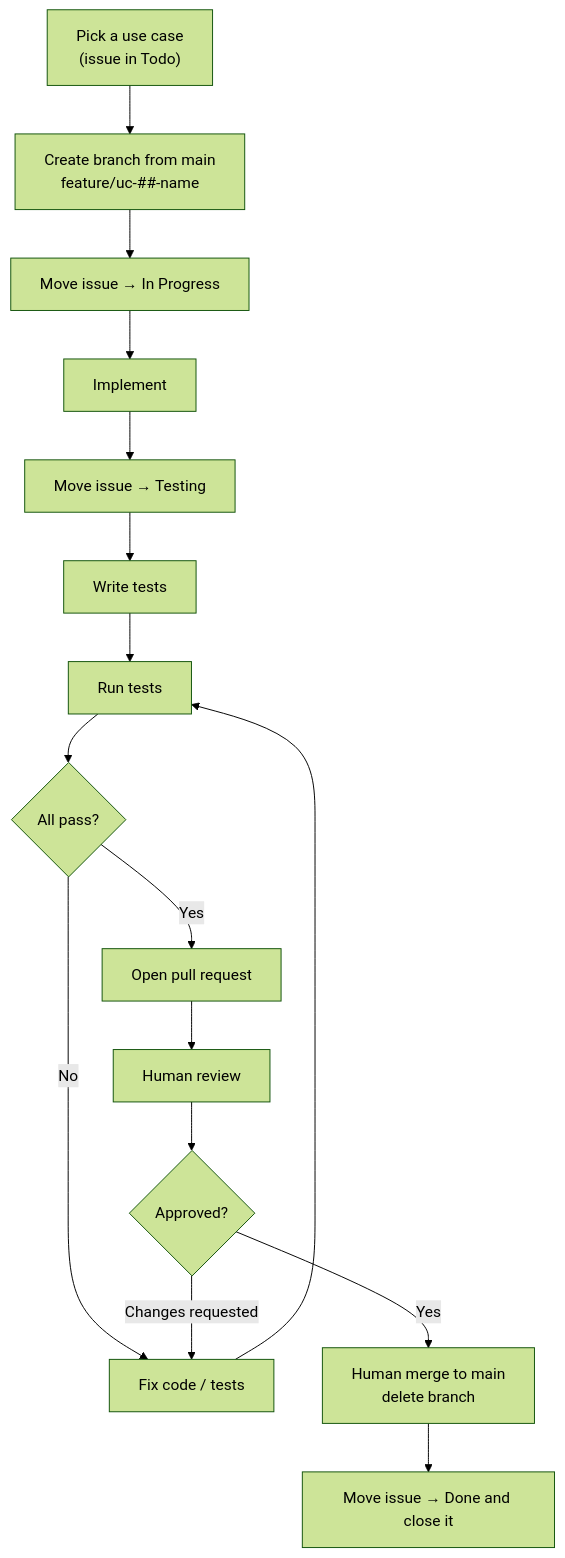
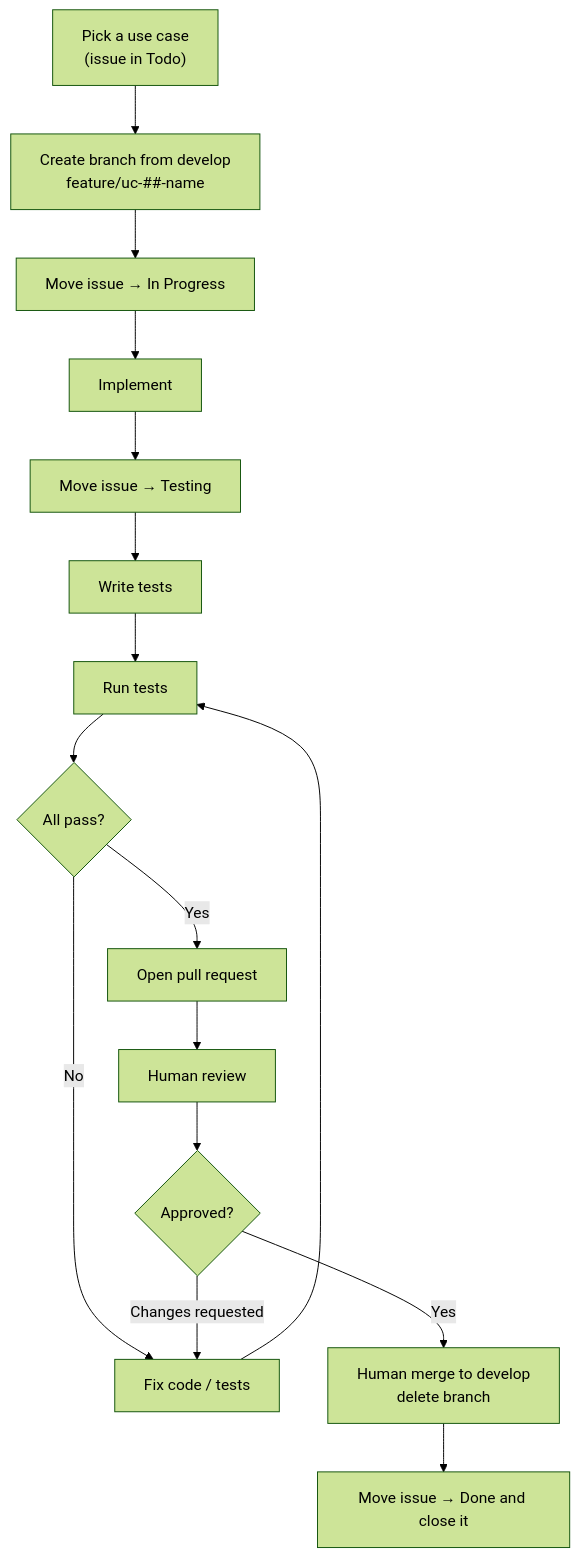
Before and after one commit to artur-rios/alexandria-api: the diagram in docs/requirements/Development Workflow Document.md, drawn with Mermaid (forest theme). The commit also changed other lines of this file and 8 other files, not shown here.

````diff
--- a/docs/requirements/Development Workflow Document.md
+++ b/docs/requirements/Development Workflow Document.md
@@ -20,18 +20,18 @@
 ```mermaid
 flowchart TD
-    A["Pick a use case<br/>(issue in Todo)"] --> B["Create branch from main<br/>feature/uc-##-name"]
+    A["Pick a use case<br/>(issue in Todo)"] --> B["Create branch from develop<br/>feature/uc-##-name"]
     B --> C["Move issue → In Progress"]
     C --> D["Implement"]
     D --> E["Move issue → Testing"]
     E --> F["Write tests"]
     F --> G["Run tests"]
     G --> H{All pass?}
     H -->|No| I["Fix code / tests"]
     I --> G
     H -->|Yes| J["Open pull request"]
     J --> K["Human review"]
     K --> L{Approved?}
     L -->|Changes requested| I
-    L -->|Yes| M["Human merge to main<br/>delete branch"]
+    L -->|Yes| M["Human merge to develop<br/>delete branch"]
     M --> N["Move issue → Done and close it"]
 ```
````
